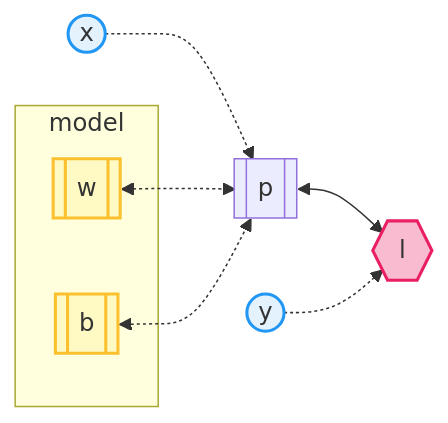
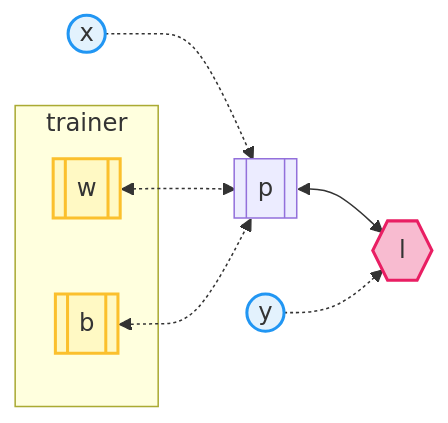
Before and after one commit to GPTmini/GPTmini: the diagram in mermaid-scripts/01-compu-graph.mmd, drawn with Mermaid. The commit also changed 25 other files, not shown here.

```diff
--- a/mermaid-scripts/01-compu-graph.mmd
+++ b/mermaid-scripts/01-compu-graph.mmd
@@ -1,16 +1,16 @@
 flowchart LR
     classDef in fill:#E3F2FD,stroke:#2196F3,stroke-width:2px;
     classDef model fill:#FFF9C4,stroke:#FBC02D,stroke-width:2px;
     classDef data fill:#E1BEE7,stroke:#9C27B0,stroke-width:2px;
     classDef test fill:#F8BBD0,stroke:#E91E63,stroke-width:2px;
     classDef out fill:#DCEDC8,stroke:#8BC34A,stroke-width:2px;
     classDef skip stroke:#B0BEC5,stroke-width:2px,stroke-dasharray: 5 5;
 
-    subgraph "model"
+    subgraph "trainer"
         W[[w]]:::model
         B[[b]]:::model
     end
     X((x)):::in -.-> P[[p]] <--> L{{l}}:::test
     W[[w]]:::model <-.-> P
     B[[b]]:::model <-.-> P
     Y((y)):::in -.-> L
```
